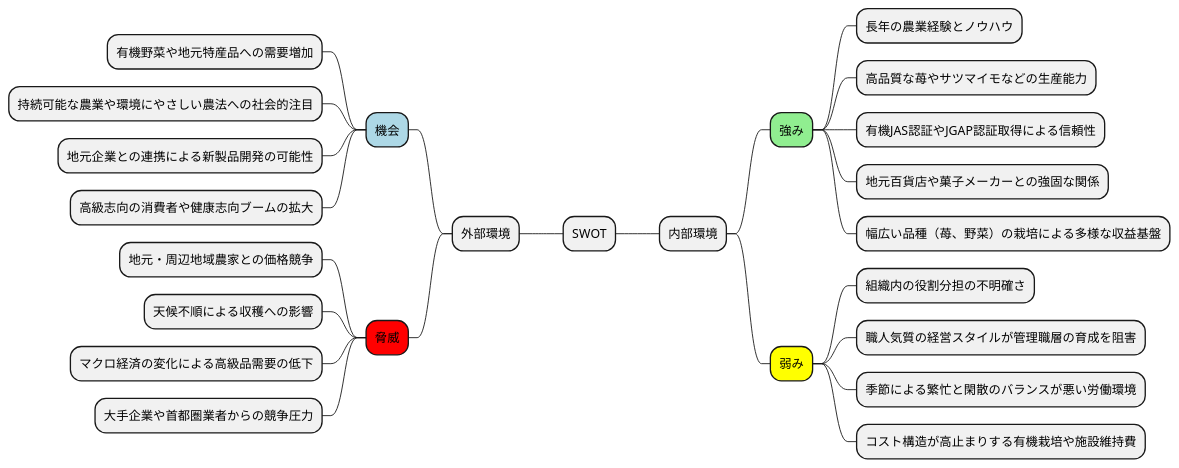
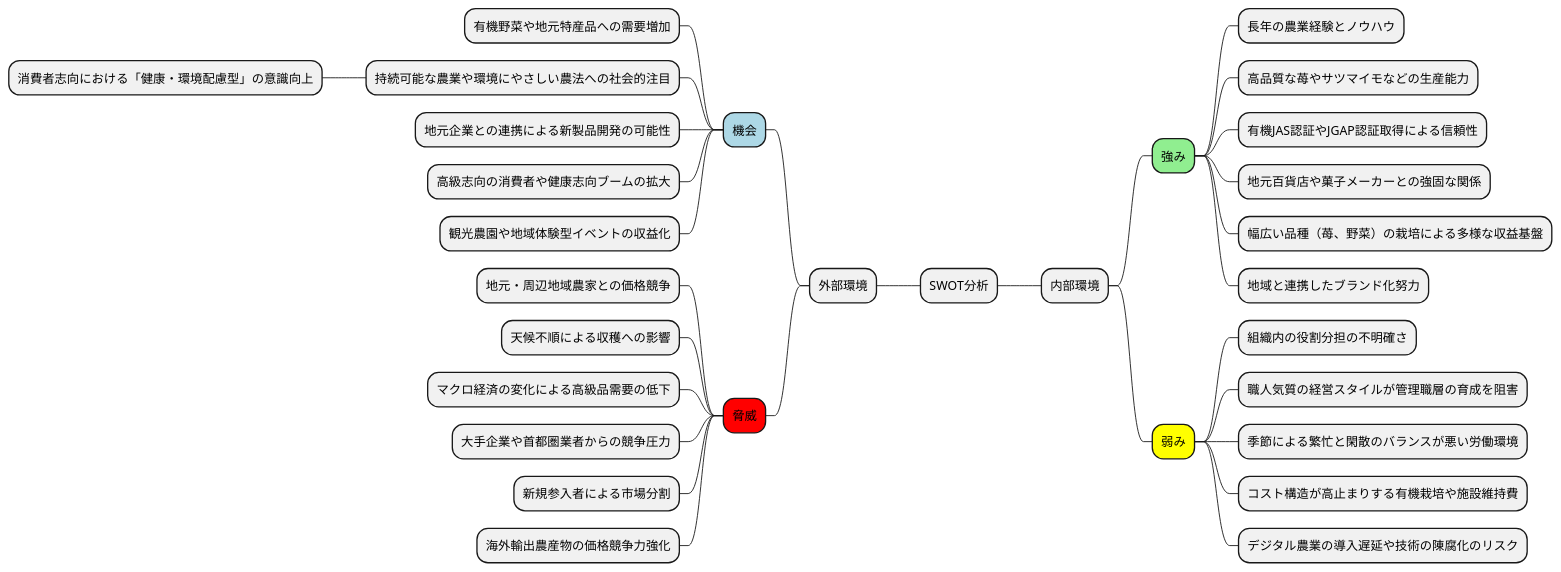
One commit to k2works/case-study-business-analysis changed the third of 19 diagrams in docs/case/r04_case_1.adoc. Above: the diagram before and after it, drawn with PlantUML. The commit also changed other lines of this file, not shown here.

```diff
--- a/docs/case/r04_case_1.adoc
+++ b/docs/case/r04_case_1.adoc
@@ -136,32 +163,39 @@
 [plantuml]
 ----
 @startmindmap
 
-* SWOT
+* SWOT分析
 ** 内部環境
 ***[#lightgreen] 強み
 **** 長年の農業経験とノウハウ
 **** 高品質な苺やサツマイモなどの生産能力
 **** 有機JAS認証やJGAP認証取得による信頼性
 **** 地元百貨店や菓子メーカーとの強固な関係
 **** 幅広い品種（苺、野菜）の栽培による多様な収益基盤
+**** 地域と連携したブランド化努力
 ***[#yellow] 弱み
 **** 組織内の役割分担の不明確さ
 **** 職人気質の経営スタイルが管理職層の育成を阻害
 **** 季節による繁忙と閑散のバランスが悪い労働環境
 **** コスト構造が高止まりする有機栽培や施設維持費
+**** デジタル農業の導入遅延や技術の陳腐化のリスク
+
 left side
 ** 外部環境
 ***[#lightblue] 機会
 **** 有機野菜や地元特産品への需要増加
 **** 持続可能な農業や環境にやさしい農法への社会的注目
+***** 消費者志向における「健康・環境配慮型」の意識向上
 **** 地元企業との連携による新製品開発の可能性
 **** 高級志向の消費者や健康志向ブームの拡大
+**** 観光農園や地域体験型イベントの収益化
 ***[#red] 脅威
 **** 地元・周辺地域農家との価格競争
 **** 天候不順による収穫への影響
 **** マクロ経済の変化による高級品需要の低下
 **** 大手企業や首都圏業者からの競争圧力
+**** 新規参入者による市場分割
+**** 海外輸出農産物の価格競争力強化
 
 @endmindmap
 ----
```
